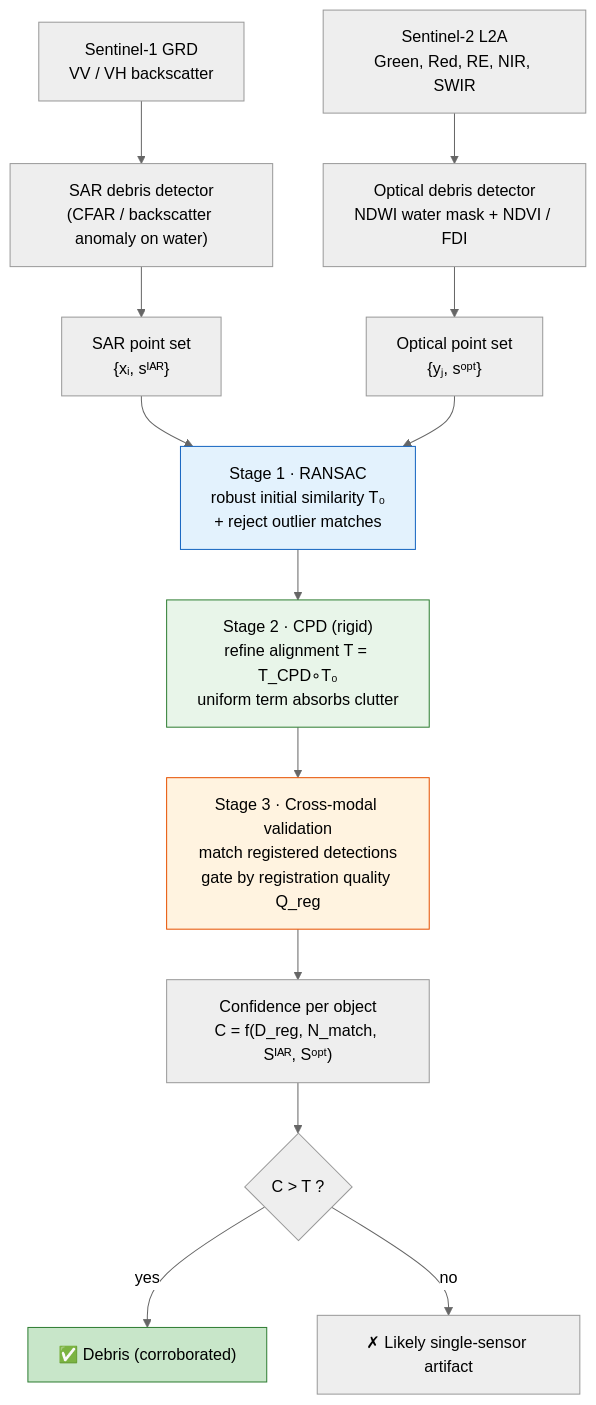
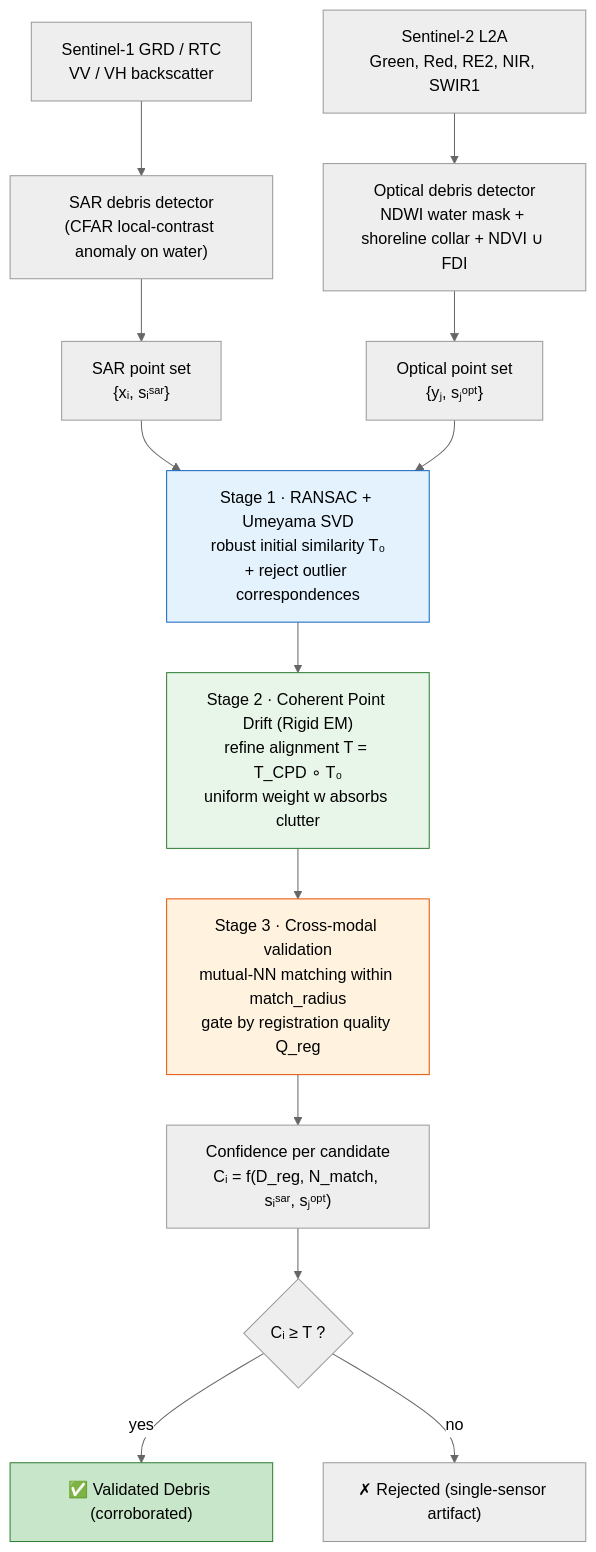
The diagram in README.md (DevDhapodkar/PBL-Sem-7), drawn with Mermaid (neutral theme) before and after one commit. The commit also changed other lines of this file, not shown here.

````diff
--- a/README.md
+++ b/README.md
@@ -134,21 +124,21 @@
 ```mermaid
 flowchart TD
-    A1["Sentinel-1 GRD<br/>VV / VH backscatter"] --> B1["SAR debris detector<br/>(CFAR / backscatter anomaly on water)"]
-    A2["Sentinel-2 L2A<br/>Green, Red, RE, NIR, SWIR"] --> B2["Optical debris detector<br/>NDWI water mask + NDVI / FDI"]
-    B1 --> C1["SAR point set<br/>{xᵢ, sᴵᴬᴿ}"]
-    B2 --> C2["Optical point set<br/>{yⱼ, sᵒᵖᵗ}"]
+    A1["Sentinel-1 GRD / RTC<br/>VV / VH backscatter"] --> B1["SAR debris detector<br/>(CFAR local-contrast anomaly on water)"]
+    A2["Sentinel-2 L2A<br/>Green, Red, RE2, NIR, SWIR1"] --> B2["Optical debris detector<br/>NDWI water mask + shoreline collar + NDVI ∪ FDI"]
+    B1 --> C1["SAR point set<br/>{xᵢ, sᵢˢᵃʳ}"]
+    B2 --> C2["Optical point set<br/>{yⱼ, sⱼᵒᵖᵗ}"]
 
-    C1 --> D["Stage 1 · RANSAC<br/>robust initial similarity T₀<br/>+ reject outlier matches"]
+    C1 --> D["Stage 1 · RANSAC + Umeyama SVD<br/>robust initial similarity T₀<br/>+ reject outlier correspondences"]
     C2 --> D
-    D --> E["Stage 2 · CPD (rigid)<br/>refine alignment T = T_CPD∘T₀<br/>uniform term absorbs clutter"]
-    E --> F["Stage 3 · Cross-modal validation<br/>match registered detections<br/>gate by registration quality Q_reg"]
-    F --> G["Confidence per object<br/>C = f(D_reg, N_match, Sᴵᴬᴿ, Sᵒᵖᵗ)"]
-    G --> H{"C > T ?"}
-    H -- yes --> I["✅ Debris (corroborated)"]
-    H -- no  --> J["✗ Likely single-sensor artifact"]
+    D --> E["Stage 2 · Coherent Point Drift (Rigid EM)<br/>refine alignment T = T_CPD ∘ T₀<br/>uniform weight w absorbs clutter"]
+    E --> F["Stage 3 · Cross-modal validation<br/>mutual-NN matching within match_radius<br/>gate by registration quality Q_reg"]
+    F --> G["Confidence per candidate<br/>Cᵢ = f(D_reg, N_match, sᵢˢᵃʳ, sⱼᵒᵖᵗ)"]
+    G --> H{"Cᵢ ≥ T ?"}
+    H -- yes --> I["✅ Validated Debris (corroborated)"]
+    H -- no  --> J["✗ Rejected (single-sensor artifact)"]
 
     style D fill:#e3f2fd,stroke:#1565c0
     style E fill:#e8f5e9,stroke:#2e7d32
     style F fill:#fff3e0,stroke:#e65100
     style I fill:#c8e6c9,stroke:#2e7d32
 ```
````
